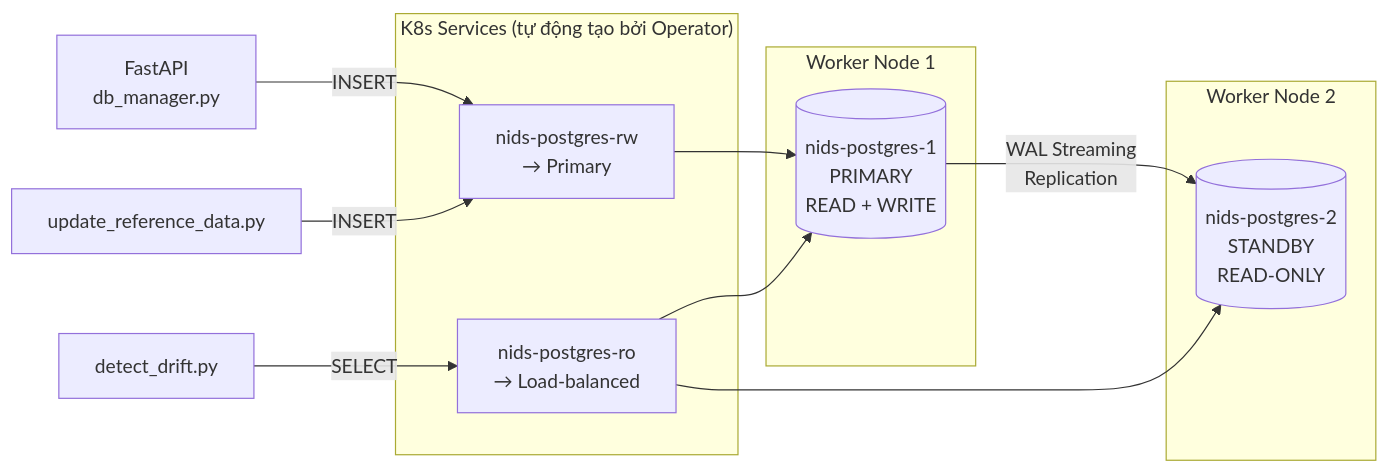
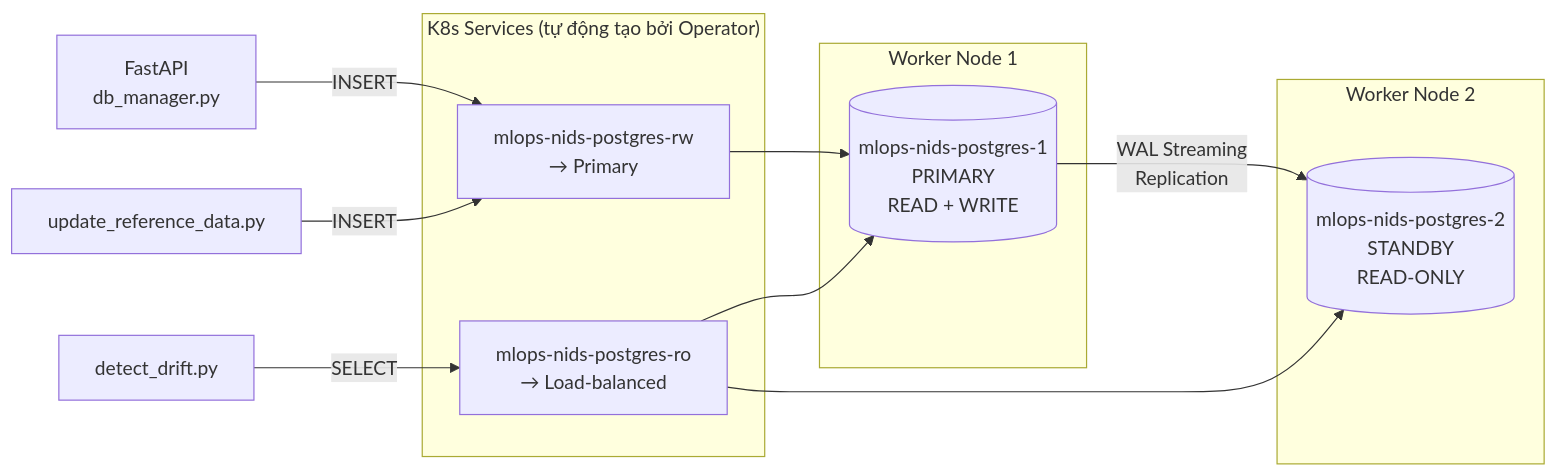
One commit to Viet-Hoang-2005/AdaptML changed the third of 7 diagrams in ARCHITECTURE.md. Above: the diagram before and after it, drawn with Mermaid. The commit also changed other lines of this file and 10 other files, not shown here.

Commit message:
docs: Update the documentation for the system Architecture.

````diff
--- a/ARCHITECTURE.md
+++ b/ARCHITECTURE.md
@@ -113,24 +113,24 @@
 ```mermaid
 flowchart LR
     subgraph W1["Worker Node 1"]
-        PRIMARY[("nids-postgres-1<br/>PRIMARY<br/>READ + WRITE")]
+        PRIMARY[("mlops-nids-postgres-1<br/>PRIMARY<br/>READ + WRITE")]
     end
 
     subgraph W2["Worker Node 2"]
-        STANDBY[("nids-postgres-2<br/>STANDBY<br/>READ-ONLY")]
+        STANDBY[("mlops-nids-postgres-2<br/>STANDBY<br/>READ-ONLY")]
     end
 
     subgraph SERVICES["K8s Services (tự động tạo bởi Operator)"]
-        RW_SVC["nids-postgres-rw<br/>→ Primary"]
-        RO_SVC["nids-postgres-ro<br/>→ Load-balanced"]
+        RW_SVC["mlops-nids-postgres-rw<br/>→ Primary"]
+        RO_SVC["mlops-nids-postgres-ro<br/>→ Load-balanced"]
     end
 
     PRIMARY -->|WAL Streaming<br/>Replication| STANDBY
     RW_SVC --> PRIMARY
     RO_SVC --> PRIMARY
     RO_SVC --> STANDBY
 
     API_BOX["FastAPI<br/>db_manager.py"] -->|INSERT| RW_SVC
     DRIFT_BOX["detect_drift.py"] -->|SELECT| RO_SVC
     SYNC_BOX["update_reference_data.py"] -->|INSERT| RW_SVC
 ```
````
